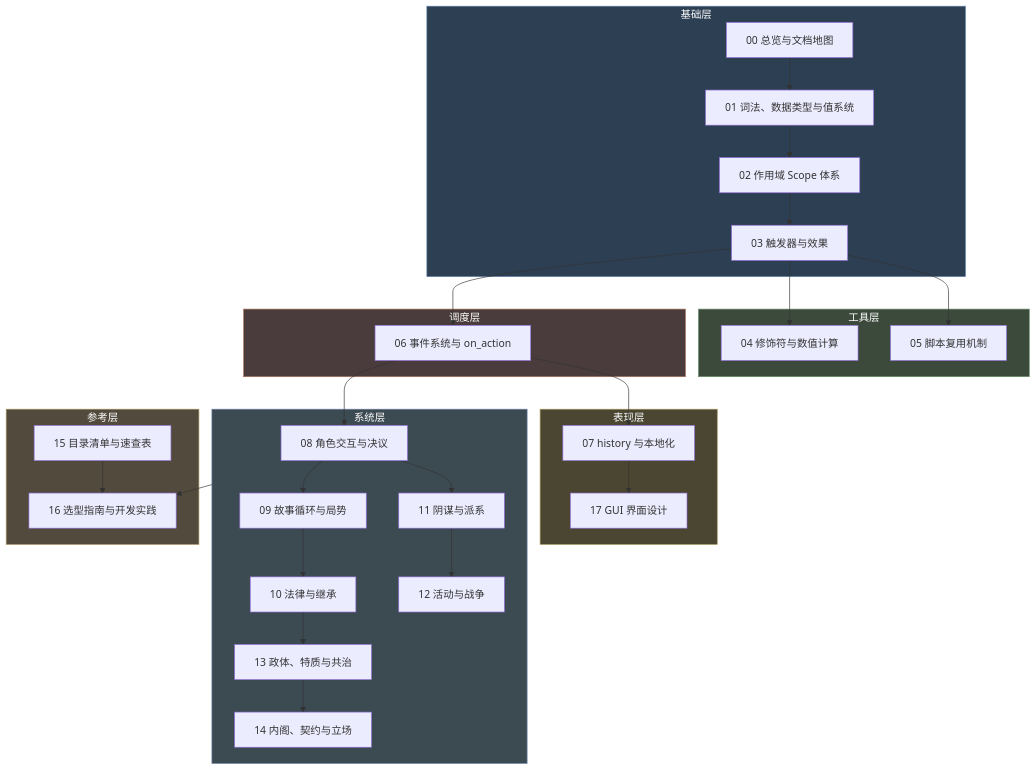
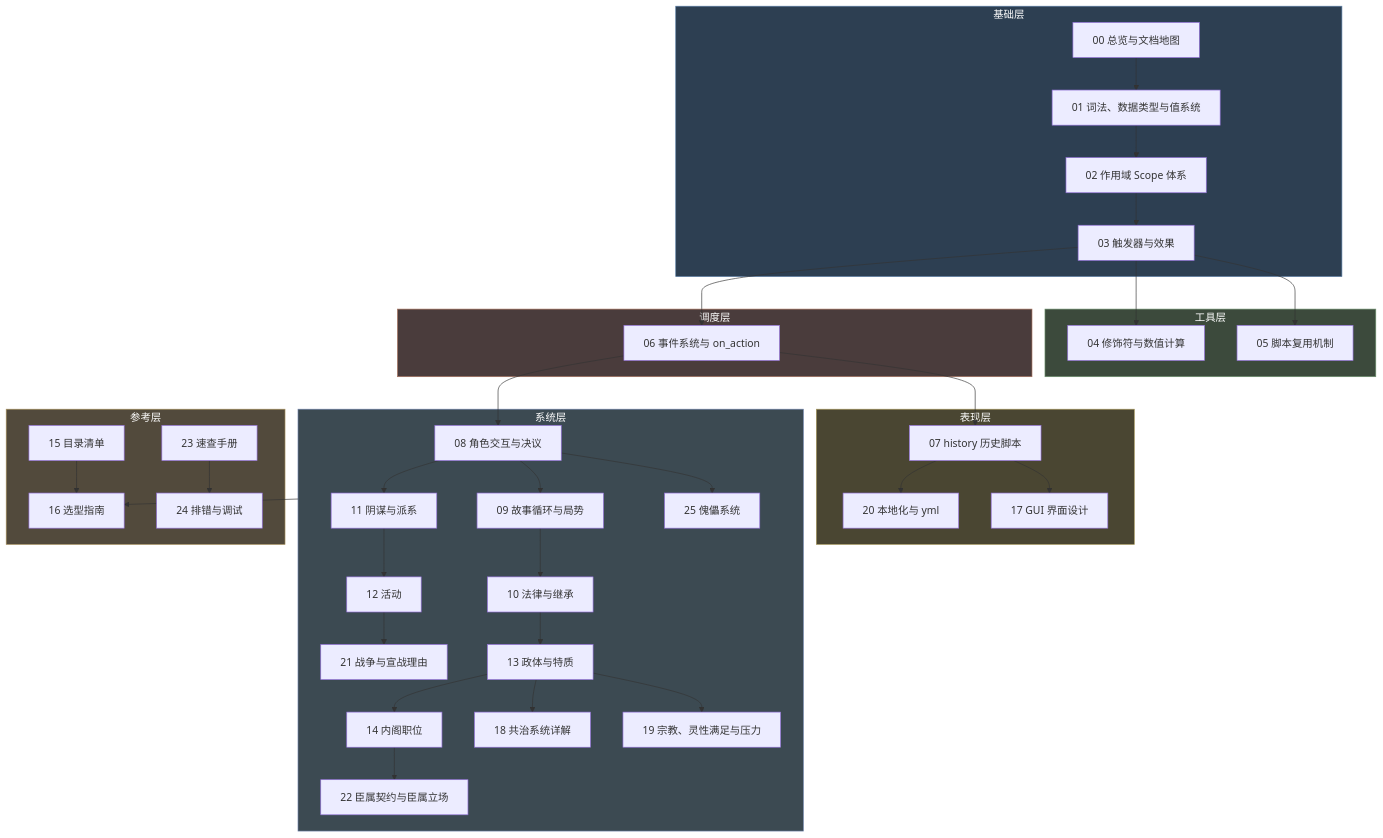
One commit to FeronCompany/ck3_for_the_realm changed the fourth of 10 diagrams in document/00-总览与文档地图.md. Above: the diagram before and after it, drawn with Mermaid. The commit also changed other lines of this file and 63 other files, not shown here.

````diff
--- a/document/00-总览与文档地图.md
+++ b/document/00-总览与文档地图.md
@@ -194,58 +194,72 @@
 ```mermaid
 graph TD
     subgraph BASE["基础层"]
         A0["00 总览与文档地图"]
         A1["01 词法、数据类型与值系统"]
         A2["02 作用域 Scope 体系"]
         A3["03 触发器与效果"]
     end
 
     subgraph TOOL["工具层"]
         B4["04 修饰符与数值计算"]
         B5["05 脚本复用机制"]
     end
 
     subgraph SCHED["调度层"]
         C6["06 事件系统与 on_action"]
     end
 
     subgraph TEXT["表现层"]
-        D7["07 history 与本地化"]
+        D7["07 history 历史脚本"]
+        D20["20 本地化与 yml"]
         D17["17 GUI 界面设计"]
     end
 
     subgraph SYS["系统层"]
         E8["08 角色交互与决议"]
         E9["09 故事循环与局势"]
         E10["10 法律与继承"]
         E11["11 阴谋与派系"]
-        E12["12 活动与战争"]
-        E13["13 政体、特质与共治"]
-        E14["14 内阁、契约与立场"]
+        E12["12 活动"]
+        E21["21 战争与宣战理由"]
+        E13["13 政体与特质"]
+        E14["14 内阁职位"]
+        E22["22 臣属契约与臣属立场"]
+        E18["18 共治系统详解"]
+        E19["19 宗教、灵性满足与压力"]
+        E25["25 傀儡系统"]
     end
 
     subgraph REF["参考层"]
-        F15["15 目录清单与速查表"]
-        F16["16 选型指南与开发实践"]
+        F15["15 目录清单"]
+        F16["16 选型指南"]
+        F23["23 速查手册"]
+        F24["24 排错与调试"]
     end
 
     A0 --> A1 --> A2 --> A3
     A3 --> B4
     A3 --> B5
     A3 --> C6
-    C6 --> D7
+    C6 --> D7 --> D20
     D7 --> D17
     C6 --> E8
     E8 --> E9 --> E10
     E8 --> E11 --> E12
+    E12 --> E21
     E10 --> E13 --> E14
+    E14 --> E22
+    E13 --> E18
+    E13 --> E19
+    E8 --> E25
     SYS --> F16
     F15 --> F16
+    F23 --> F24
 
     style BASE fill:#2d3f52,stroke:#5b7fa6,color:#fff
     style TOOL fill:#3c4a3c,stroke:#6b8f6b,color:#fff
     style SCHED fill:#4a3c3c,stroke:#a6705b,color:#fff
     style TEXT fill:#4a4632,stroke:#a6975b,color:#fff
     style SYS fill:#3c4a52,stroke:#6b7fa6,color:#fff
     style REF fill:#524a3c,stroke:#a68f5b,color:#fff
 ```
````
